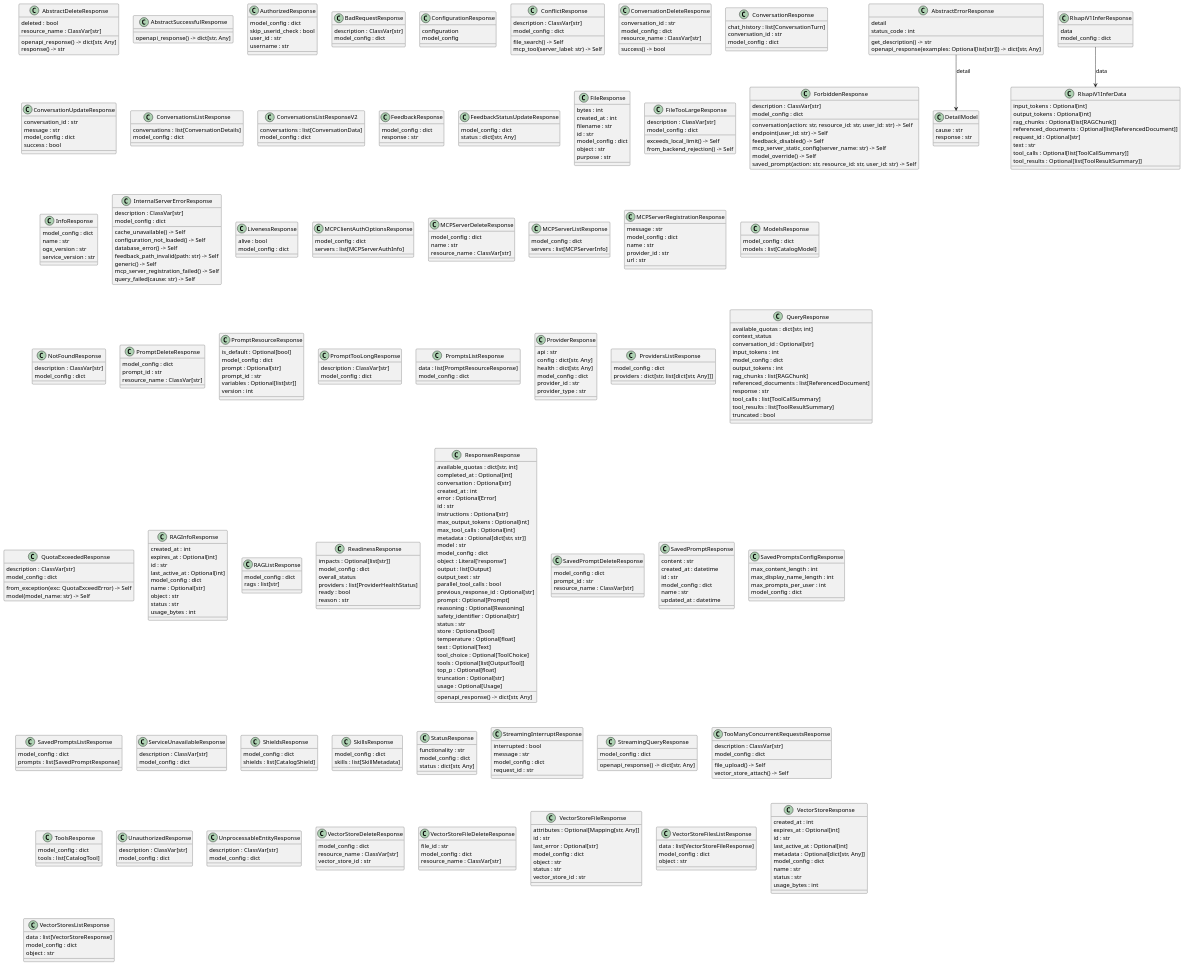
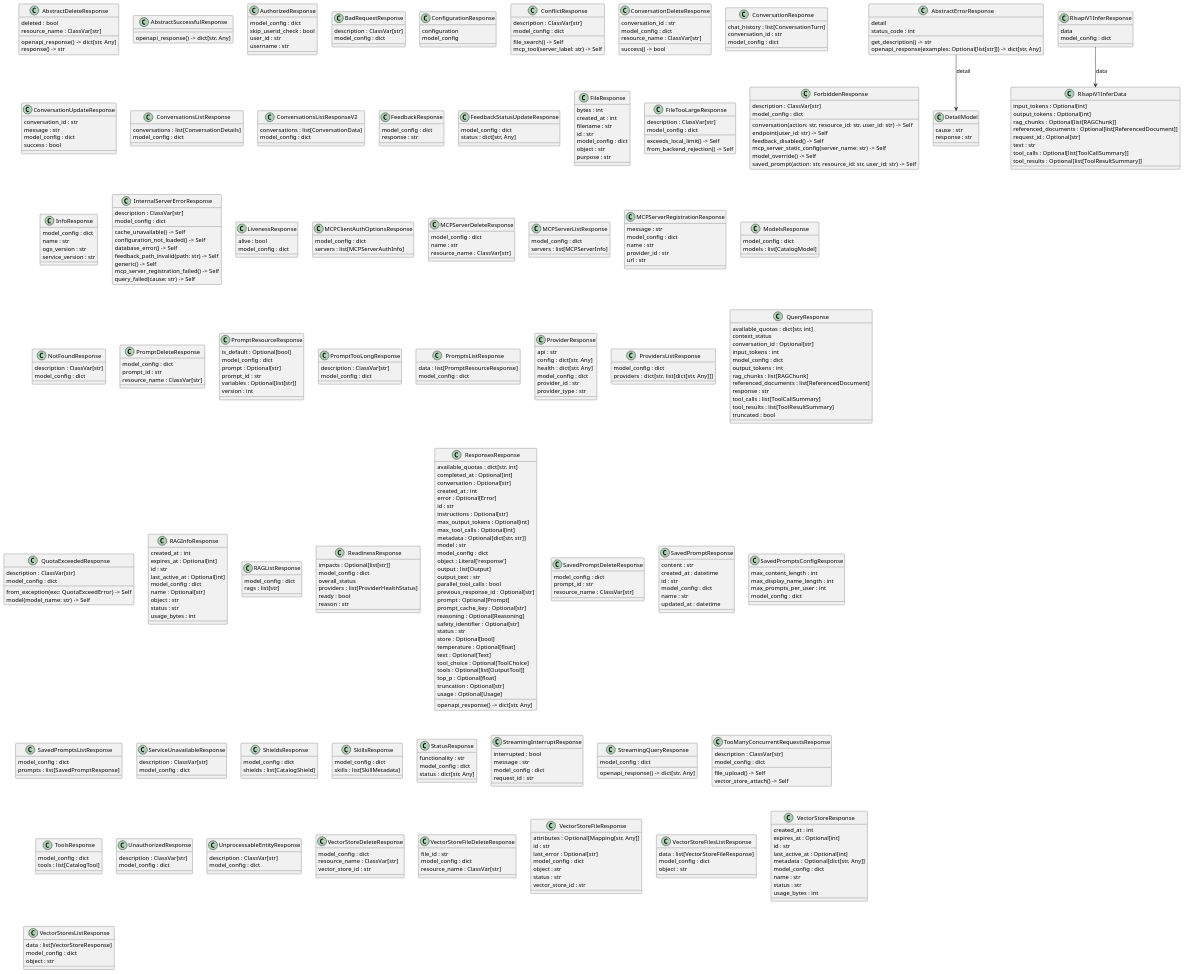
One commit to lightspeed-core/lightspeed-stack changed the diagram in docs/models/responses.puml. Above: the diagram before and after it, drawn with PlantUML. The commit also changed 9 other files, not shown here.

```diff
--- a/docs/models/responses.puml
+++ b/docs/models/responses.puml
@@ -241,6 +241,7 @@
   parallel_tool_calls : bool
   previous_response_id : Optional[str]
   prompt : Optional[Prompt]
+  prompt_cache_key : Optional[str]
   reasoning : Optional[Reasoning]
   safety_identifier : Optional[str]
   status : str
```
